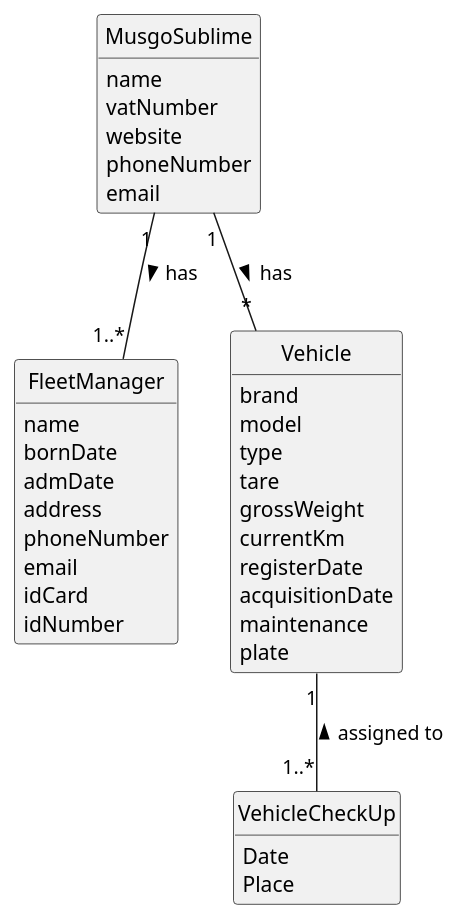
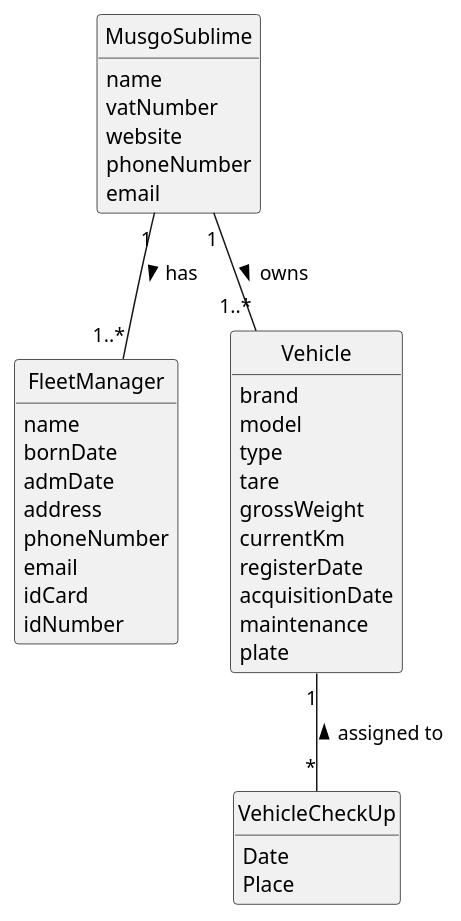
The diagram in docs/sprintA/us008/02.analysis/puml/us008-domain-model.puml (1231360-ISEP/lei-24-s2-1db-g021), drawn with PlantUML before and after one commit. The commit also changed 1 other file, not shown here.

```diff
--- a/docs/sprintA/us008/02.analysis/puml/us008-domain-model.puml
+++ b/docs/sprintA/us008/02.analysis/puml/us008-domain-model.puml
@@ -1,54 +1,54 @@
 @startuml
 skinparam monochrome true
 skinparam packageStyle rectangle
 skinparam shadowing false
 
 'left to right direction
 
 skinparam classAttributeIconSize 0
 
 hide circle
 hide methods
 
 'title Domain Model
 
 class MusgoSublime {
     name
     vatNumber
     website
     phoneNumber
     email
 }
 class FleetManager {
     name
     bornDate
     admDate
     address
     phoneNumber
     email
     idCard
     idNumber
 }
 
 class Vehicle {
     brand
     model
     type
     tare
     grossWeight
     currentKm
     registerDate
     acquisitionDate
     maintenance
     plate
 }
 
 class VehicleCheckUp {
     Date
     Place
 }
 
 MusgoSublime "1" -- "1..*" FleetManager : has >
-MusgoSublime "1" -- "*" Vehicle : has >
-Vehicle "1" -- "1..*" VehicleCheckUp : assigned to <
+MusgoSublime "1" -- "1..*" Vehicle : owns >
+Vehicle "1" -- "*" VehicleCheckUp : assigned to <
 @enduml
```
